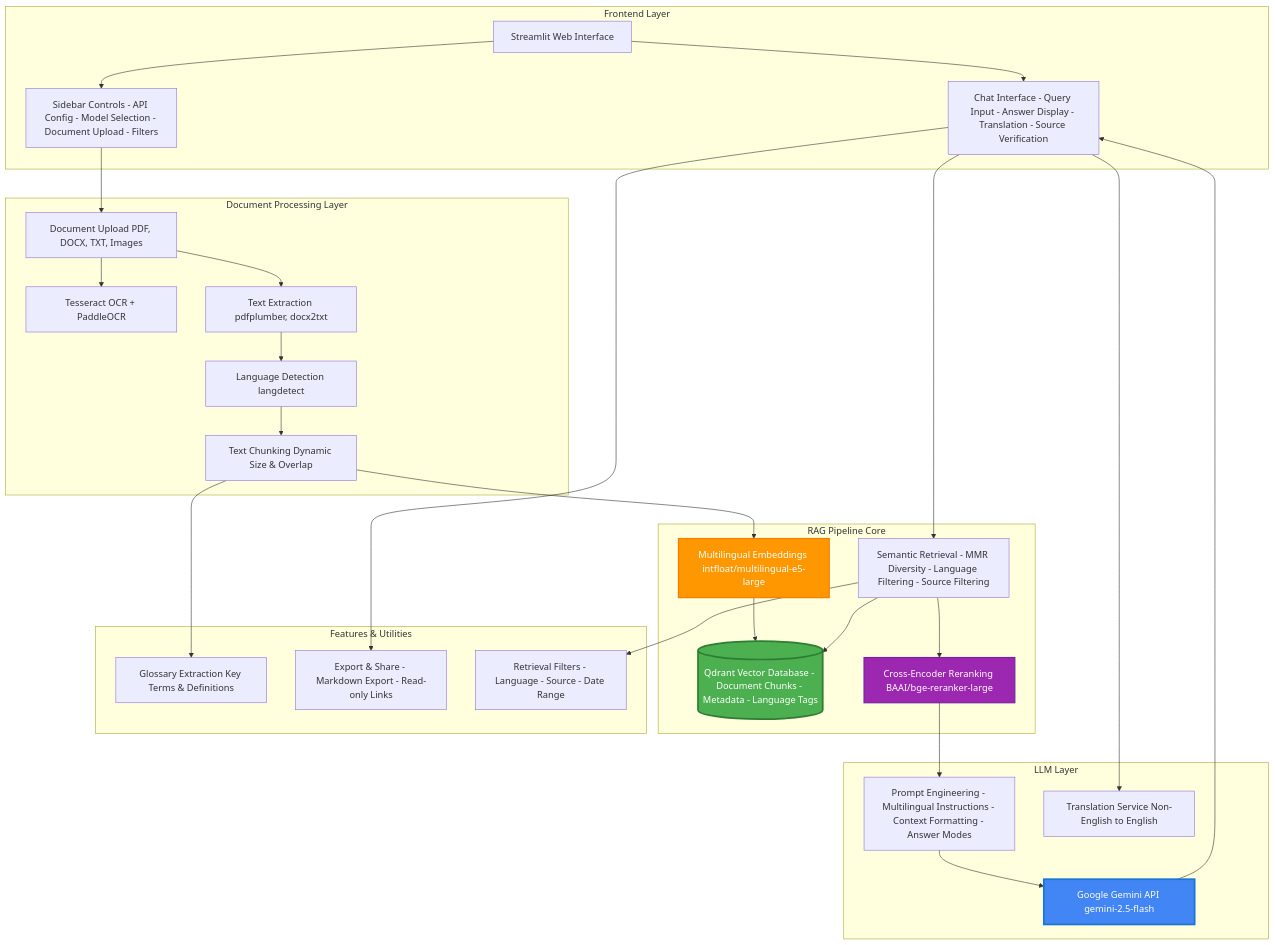
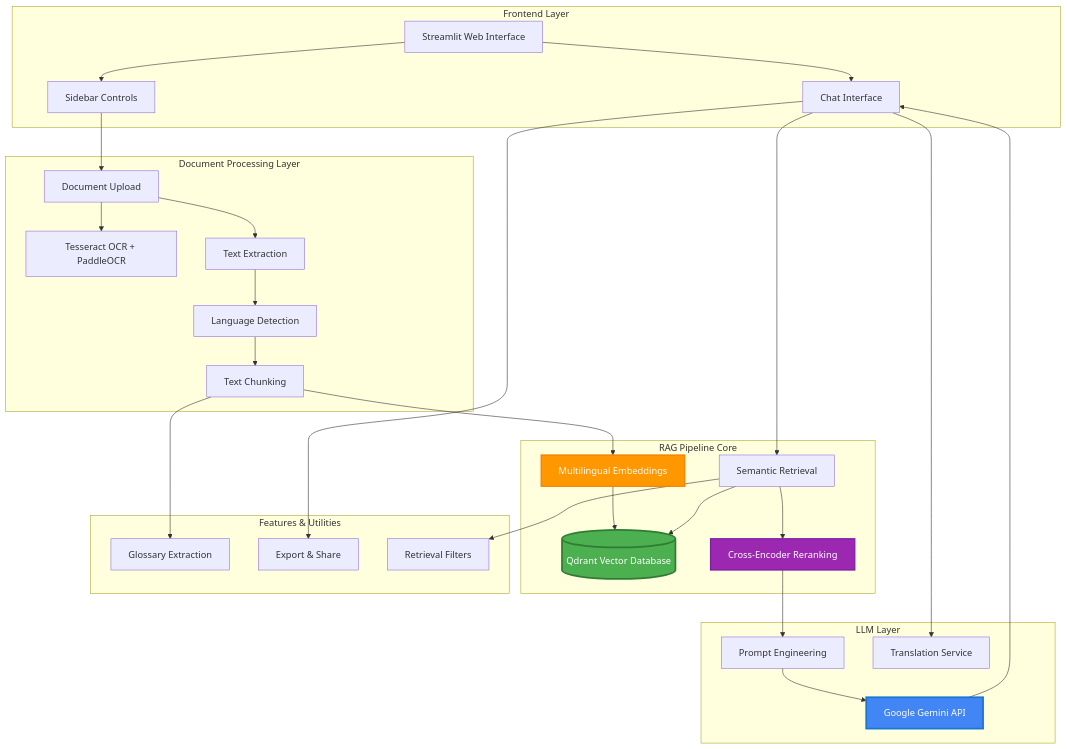
Before and after one commit to siv3sh/Client_Nisha_Ma-am: the first of 6 diagrams in ARCHITECTURE.md, drawn with Mermaid.

Commit message:
Fix all Mermaid syntax errors - remove HTML tags, fix indentation, simplify node labels

````diff
--- a/ARCHITECTURE.md
+++ b/ARCHITECTURE.md
@@ -5,62 +5,62 @@
 ```mermaid
 graph TB
- subgraph "Frontend Layer"
- UI[Streamlit Web Interface]
- Sidebar[Sidebar Controls - API Config - Model Selection - Document Upload - Filters]
- Chat[Chat Interface - Query Input - Answer Display - Translation - Source Verification]
- end
+    subgraph Frontend["Frontend Layer"]
+        UI[Streamlit Web Interface]
+        Sidebar[Sidebar Controls]
+        Chat[Chat Interface]
+    end
 
- subgraph "Document Processing Layer"
- Upload[Document Upload PDF, DOCX, TXT, Images]
- OCR[Tesseract OCR + PaddleOCR]
- Extract[Text Extraction pdfplumber, docx2txt]
- LangDetect[Language Detection langdetect]
- Chunking[Text Chunking Dynamic Size & Overlap]
- end
+    subgraph Processing["Document Processing Layer"]
+        Upload[Document Upload]
+        OCR[Tesseract OCR + PaddleOCR]
+        Extract[Text Extraction]
+        LangDetect[Language Detection]
+        Chunking[Text Chunking]
+    end
 
- subgraph "RAG Pipeline Core"
- Embedding[Multilingual Embeddings intfloat/multilingual-e5-large]
- VectorDB[(Qdrant Vector Database - Document Chunks - Metadata - Language Tags)]
- Retrieval[Semantic Retrieval - MMR Diversity - Language Filtering - Source Filtering]
- Reranker[Cross-Encoder Reranking BAAI/bge-reranker-large]
- end
+    subgraph RAG["RAG Pipeline Core"]
+        Embedding[Multilingual Embeddings]
+        VectorDB[(Qdrant Vector Database)]
+        Retrieval[Semantic Retrieval]
+        Reranker[Cross-Encoder Reranking]
+    end
 
- subgraph "LLM Layer"
- Gemini[Google Gemini API gemini-2.5-flash]
- Prompt[Prompt Engineering - Multilingual Instructions - Context Formatting - Answer Modes]
- Translation[Translation Service Non-English to English]
- end
+    subgraph LLM["LLM Layer"]
+        Gemini[Google Gemini API]
+        Prompt[Prompt Engineering]
+        Translation[Translation Service]
+    end
 
- subgraph "Features & Utilities"
- Glossary[Glossary Extraction Key Terms & Definitions]
- Export[Export & Share - Markdown Export - Read-only Links]
- Filters[Retrieval Filters - Language - Source - Date Range]
- end
+    subgraph Features["Features & Utilities"]
+        Glossary[Glossary Extraction]
+        Export[Export & Share]
+        Filters[Retrieval Filters]
+    end
 
- UI --> Sidebar
- UI --> Chat
- Sidebar --> Upload
- Upload --> OCR
- Upload --> Extract
- Extract --> LangDetect
- LangDetect --> Chunking
- Chunking --> Embedding
- Embedding --> VectorDB
-
- Chat --> Retrieval
- Retrieval --> VectorDB
- Retrieval --> Reranker
- Reranker --> Prompt
- Prompt --> Gemini
- Gemini --> Chat
-
- Chat --> Translation
- Chat --> Export
- Chunking --> Glossary
- Retrieval --> Filters
-
- style VectorDB fill:#4CAF50,stroke:#2E7D32,stroke-width:3px,color:#fff
- style Gemini fill:#4285F4,stroke:#1976D2,stroke-width:3px,color:#fff
- style Embedding fill:#FF9800,stroke:#F57C00,stroke-width:2px,color:#fff
- style Reranker fill:#9C27B0,stroke:#7B1FA2,stroke-width:2px,color:#fff
+    UI --> Sidebar
+    UI --> Chat
+    Sidebar --> Upload
+    Upload --> OCR
+    Upload --> Extract
+    Extract --> LangDetect
+    LangDetect --> Chunking
+    Chunking --> Embedding
+    Embedding --> VectorDB
+    
+    Chat --> Retrieval
+    Retrieval --> VectorDB
+    Retrieval --> Reranker
+    Reranker --> Prompt
+    Prompt --> Gemini
+    Gemini --> Chat
+    
+    Chat --> Translation
+    Chat --> Export
+    Chunking --> Glossary
+    Retrieval --> Filters
+    
+    style VectorDB fill:#4CAF50,stroke:#2E7D32,stroke-width:3px,color:#fff
+    style Gemini fill:#4285F4,stroke:#1976D2,stroke-width:3px,color:#fff
+    style Embedding fill:#FF9800,stroke:#F57C00,stroke-width:2px,color:#fff
+    style Reranker fill:#9C27B0,stroke:#7B1FA2,stroke-width:2px,color:#fff
 ```
````
